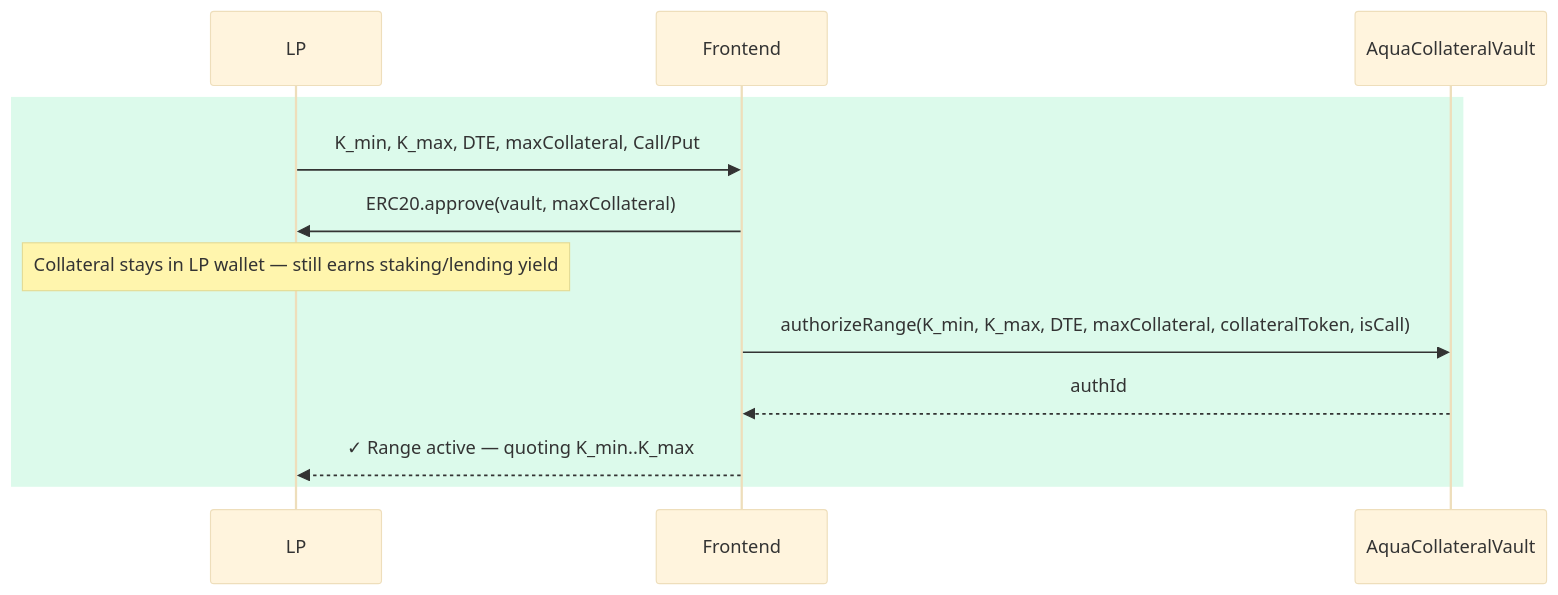
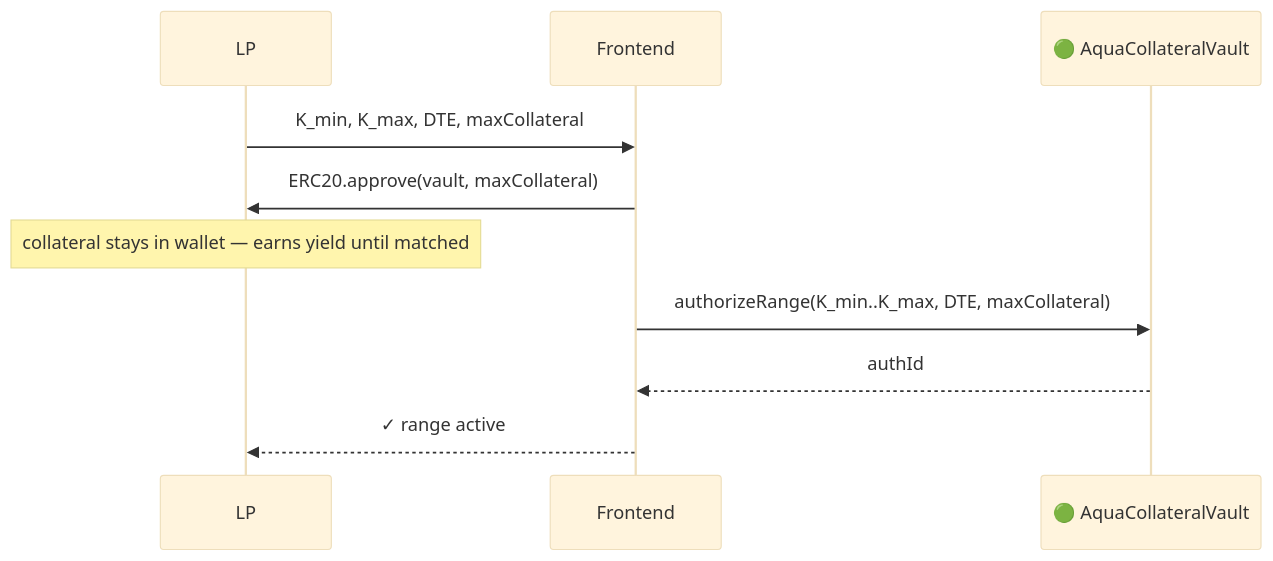
Before and after one commit to oslinin/Smile: the second of 7 diagrams in README.md, drawn with Mermaid (base theme). The commit also changed other lines of this file and 2 other files, not shown here.

First line of the commit message:
Polish README diagrams and collateralization docs

````diff
--- a/README.md
+++ b/README.md
@@ -129,15 +139,13 @@
 ```mermaid
 sequenceDiagram
     participant LP
     participant Frontend
-    participant Vault as AquaCollateralVault
+    participant Vault as 🟢 AquaCollateralVault
 
-    rect rgb(220, 250, 235)
-    LP->>Frontend: K_min, K_max, DTE, maxCollateral, Call/Put
+    LP->>Frontend: K_min, K_max, DTE, maxCollateral
     Frontend->>LP: ERC20.approve(vault, maxCollateral)
-    Note over LP: Collateral stays in LP wallet — still earns staking/lending yield
-    Frontend->>Vault: authorizeRange(K_min, K_max, DTE, maxCollateral, collateralToken, isCall)
+    Note over LP: collateral stays in wallet — earns yield until matched
+    Frontend->>Vault: authorizeRange(K_min..K_max, DTE, maxCollateral)
     Vault-->>Frontend: authId
-    Frontend-->>LP: ✓ Range active — quoting K_min..K_max
-    end
+    Frontend-->>LP: ✓ range active
 ```
````
